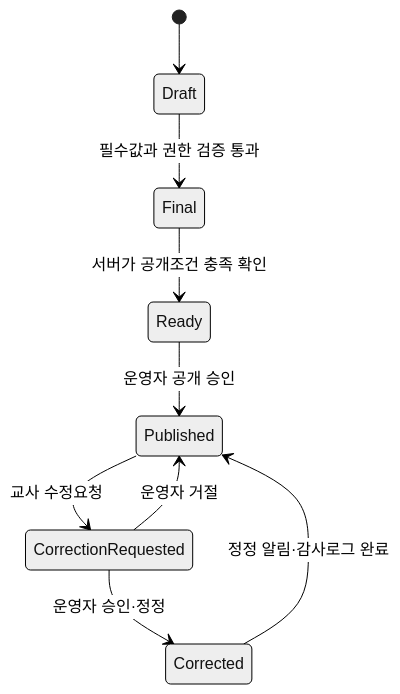
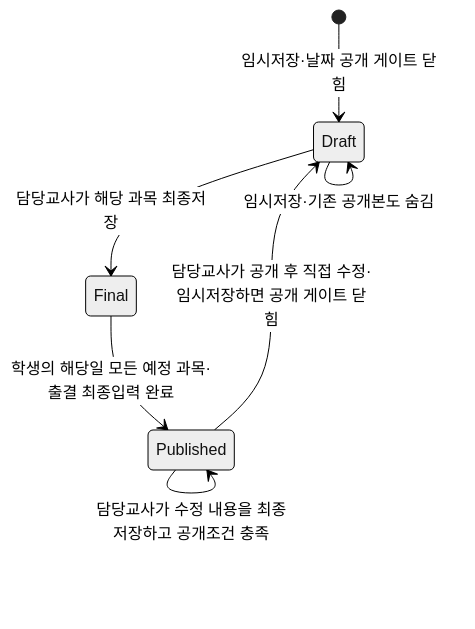
The diagram in docs/03_screens_and_state_transitions.md (cslee1220/academy-student-management), drawn with Mermaid (neutral theme) before and after one commit. The commit also changed other lines of this file and 189 other files, not shown here.

````diff
--- a/docs/03_screens_and_state_transitions.md
+++ b/docs/03_screens_and_state_transitions.md
@@ -33,11 +49,9 @@
 ```mermaid
 stateDiagram-v2
-  [*] --> Draft
-  Draft --> Final: 필수값과 권한 검증 통과
-  Final --> Ready: 서버가 공개조건 충족 확인
-  Ready --> Published: 운영자 공개 승인
-  Published --> CorrectionRequested: 교사 수정요청
-  CorrectionRequested --> Published: 운영자 거절
-  CorrectionRequested --> Corrected: 운영자 승인·정정
-  Corrected --> Published: 정정 알림·감사로그 완료
+  [*] --> Draft: 임시저장·날짜 공개 게이트 닫힘
+  Draft --> Draft: 임시저장·기존 공개본도 숨김
+  Draft --> Final: 담당교사가 해당 과목 최종저장
+  Final --> Published: 학생의 해당일 모든 예정 과목·출결 최종입력 완료
+  Published --> Draft: 담당교사가 공개 후 직접 수정·임시저장하면 공개 게이트 닫힘
+  Published --> Published: 담당교사가 수정 내용을 최종저장하고 공개조건 충족
 ```
````
